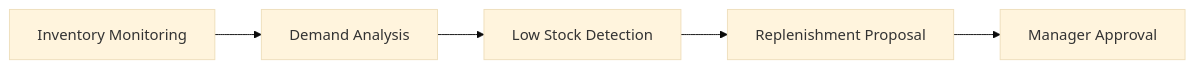
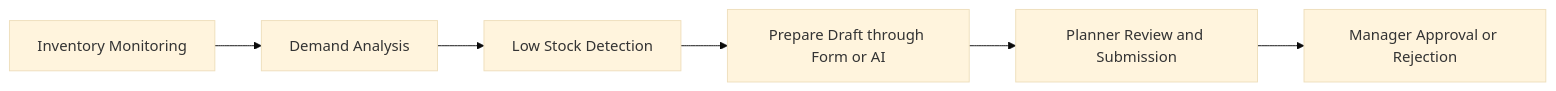
The second of 2 diagrams in README.md (Hoang-H-Nguyen/Inventory-Management), drawn with Mermaid (base theme) before and after one commit. The commit also changed other lines of this file and 57 other files, not shown here.

Commit message:
feat: update project requirements, us, information architecture, ui/ux, etc. add c4 architecture

````diff
--- a/README.md
+++ b/README.md
@@ -266,7 +406,8 @@
-```mermaid
+~~~mermaid
 flowchart LR
     A["Inventory Monitoring"] --> B["Demand Analysis"]
     B --> C["Low Stock Detection"]
-    C --> D["Replenishment Proposal"]
-    D --> E["Manager Approval"]
-```
+    C --> D["Prepare Draft through Form or AI"]
+    D --> E["Planner Review and Submission"]
+    E --> F["Manager Approval or Rejection"]
+~~~
````
